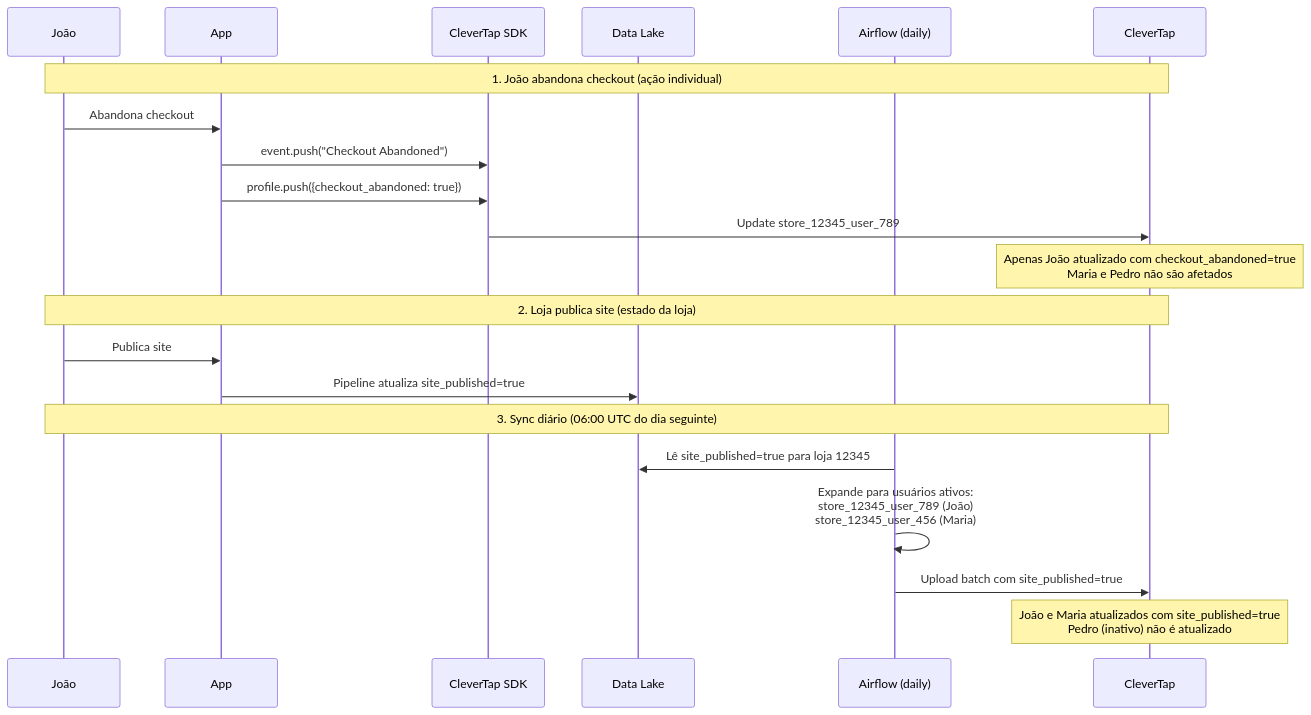
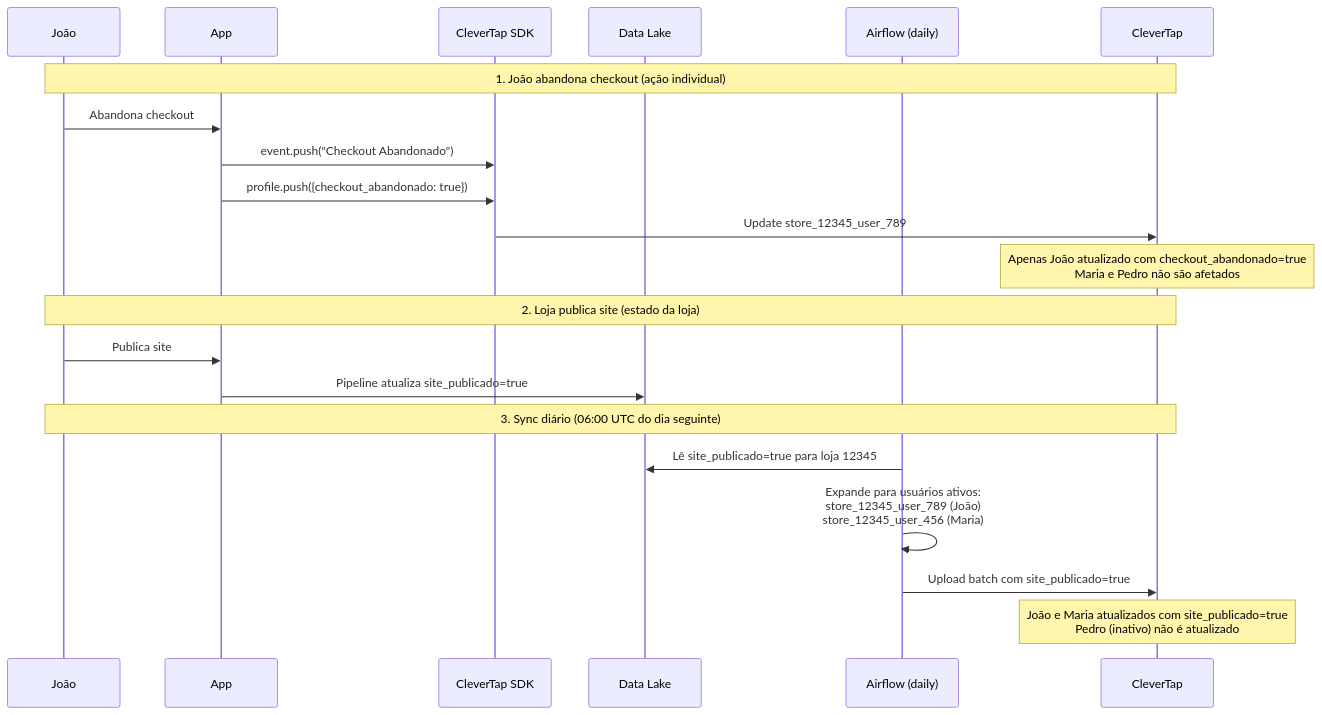
One commit to rodrigo-missagia/loja-integrada-docs changed the sixth of 6 diagrams in Loja integrada/docs/06_user_identity_sync_flow.md. Above: the diagram before and after it, drawn with Mermaid. The commit also changed other lines of this file and 5 other files, not shown here.

````diff
--- a/Loja integrada/docs/06_user_identity_sync_flow.md
+++ b/Loja integrada/docs/06_user_identity_sync_flow.md
@@ -468,31 +468,31 @@
 ```mermaid
 sequenceDiagram
     participant João
     participant App
     participant SDK as CleverTap SDK
     participant Lake as Data Lake
     participant DAG as Airflow (daily)
     participant CT as CleverTap
 
     Note over João,CT: 1. João abandona checkout (ação individual)
 
     João->>App: Abandona checkout
-    App->>SDK: event.push("Checkout Abandoned")
-    App->>SDK: profile.push({checkout_abandoned: true})
+    App->>SDK: event.push("Checkout Abandonado")
+    App->>SDK: profile.push({checkout_abandonado: true})
     SDK->>CT: Update store_12345_user_789
 
-    Note over CT: Apenas João atualizado com checkout_abandoned=true<br/>Maria e Pedro não são afetados
+    Note over CT: Apenas João atualizado com checkout_abandonado=true<br/>Maria e Pedro não são afetados
 
     Note over João,CT: 2. Loja publica site (estado da loja)
 
     João->>App: Publica site
-    App->>Lake: Pipeline atualiza site_published=true
+    App->>Lake: Pipeline atualiza site_publicado=true
 
     Note over João,CT: 3. Sync diário (06:00 UTC do dia seguinte)
 
-    DAG->>Lake: Lê site_published=true para loja 12345
+    DAG->>Lake: Lê site_publicado=true para loja 12345
     DAG->>DAG: Expande para usuários ativos:<br/>store_12345_user_789 (João)<br/>store_12345_user_456 (Maria)
-    DAG->>CT: Upload batch com site_published=true
+    DAG->>CT: Upload batch com site_publicado=true
 
-    Note over CT: João e Maria atualizados com site_published=true<br/>Pedro (inativo) não é atualizado
+    Note over CT: João e Maria atualizados com site_publicado=true<br/>Pedro (inativo) não é atualizado
 ```
````
